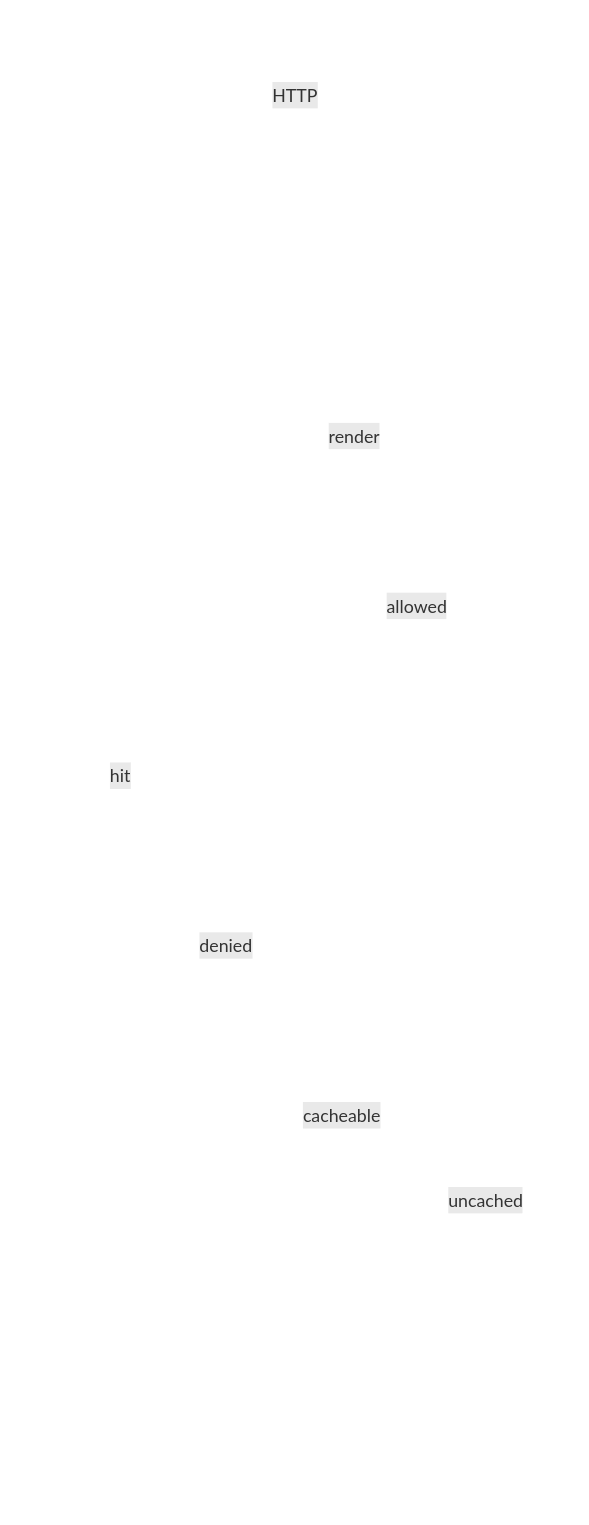
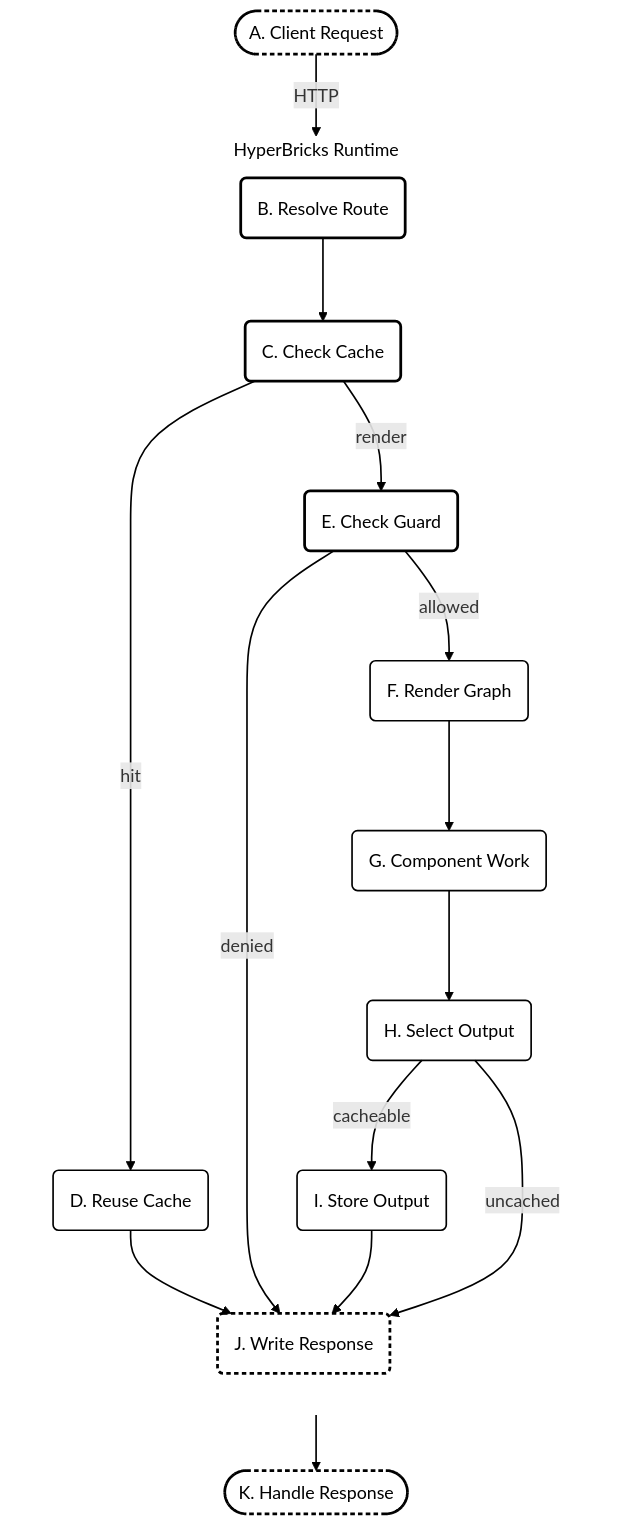
One commit to hyperbricks/hyperbricks changed the diagram in docs/INTRODUCTION.md. Above: the diagram before and after it, drawn with Mermaid. The commit also changed other lines of this file and 34 other files, not shown here.

````diff
--- a/docs/INTRODUCTION.md
+++ b/docs/INTRODUCTION.md
@@ -71,58 +125,20 @@
 ```mermaid
----
-config:
-  flowchart:
-    htmlLabels: true
-  themeCSS: |
-    .label foreignObject { overflow: visible; }
-    .hb-tip { display: inline-block; position: relative; }
-    .hb-tip::after {
-      background: #ffffff !important;
-      border: 1px solid #111111;
-      border-radius: 6px;
-      bottom: calc(100% + 8px);
-      box-shadow: 0 4px 14px rgba(0, 0, 0, 0.22);
-      box-sizing: border-box;
-      color: #000000 !important;
-      content: attr(aria-description);
-      font-family: Arial, sans-serif;
-      font-size: 12px;
-      font-weight: 400;
-      left: 50%;
-      line-height: 1.4;
-      max-width: calc(100vw - 32px);
-      opacity: 0;
-      overflow-wrap: anywhere;
-      padding: 8px 10px;
-      pointer-events: none;
-      position: absolute;
-      text-align: left;
-      transform: translateX(-50%);
-      visibility: hidden;
-      white-space: normal;
-      width: 240px;
-      z-index: 1000;
-    }
-    .hb-tip--below::after { bottom: auto; top: calc(100% + 8px); }
-    .node:hover .hb-tip::after,
-    .hb-tip:focus::after { opacity: 1; visibility: visible; }
----
 flowchart TB
-    BROWSER(["<span class='hb-tip hb-tip--below' tabindex='0' aria-description='A browser, HTMX, or another HTTP client requests an application route.'>Client Request</span>"])
+    BROWSER(["A. Client Request"])
 
     subgraph RUNTIME["HyperBricks Runtime"]
         direction TB
-        ROUTE("<span class='hb-tip hb-tip--below' tabindex='0' aria-description='Resolve the request to a route-owning hypermedia, fragment, or api_fragment_render component.'>Resolve Route</span>")
-        POLICY("<span class='hb-tip' tabindex='0' aria-description='Development mode renders fresh. Live mode decides whether the request can reuse cached output.'>Check Cache</span>")
-        CACHE("<span class='hb-tip' tabindex='0' aria-description='Return a stored live response without rendering components or running integrations.'>Reuse Cache</span>")
-        GUARD("<span class='hb-tip' tabindex='0' aria-description='Evaluate a configured route guard before rendering child components. A denial returns immediately.'>Check Guard</span>")
+        ROUTE("B. Resolve Route")
+        POLICY("C. Check Cache")
+        CACHE("D. Reuse Cache")
+        GUARD("E. Check Guard")
 
-        RENDER("<span class='hb-tip' tabindex='0' aria-description='Build the renderer request context, then traverse the configured component graph recursively.'>Render Graph</span>")
-        WORK("<span class='hb-tip' tabindex='0' aria-description='Where configured, render nested template values, run trusted Goja logic, call APIs, or invoke native and WASM plugins.'>Component Work</span>")
-        RESULT("<span class='hb-tip' tabindex='0' aria-description='After rendering, use the composed output or a captured native plugin HandledResponse.'>Select Output</span>")
+        RENDER("F. Render Graph")
+        WORK("G. Component Work")
+        RESULT("H. Select Output")
 
-        STORE("<span class='hb-tip' tabindex='0' aria-description='Store eligible live output with its ETag, render time, and expiry metadata.'>Store Output</span>")
-        WRITE("<span class='hb-tip' tabindex='0' aria-description='Write status, content type, headers, cookies, and a buffered body, or flush headers before a native plugin stream.'>Write Response</span>")
+        STORE("I. Store Output")
+        WRITE("J. Write Response")
 
         ROUTE --> POLICY
         POLICY -->|"hit"| CACHE --> WRITE
@@ -135,21 +151,21 @@
         RESULT -->|"uncached"| WRITE
     end
 
-    DELIVERED(["<span class='hb-tip' tabindex='0' aria-description='Load a document, swap a fragment, process another body type, or consume flushed chunks.'>Handle Response</span>"])
+    DELIVERED(["K. Handle Response"])
 
     BROWSER -->|"HTTP"| ROUTE
     WRITE --> DELIVERED
 
-    classDef node fill:#ffffff00,stroke:#ffffff,color:#ffffff,stroke-width:2.5px;
-    classDef emphasis fill:#ffffff00,stroke:#ffffff,color:#ffffff,stroke-width:1.5px;
-    classDef output fill:#ffffff00,stroke:#ffffff,color:#ffffff,stroke-width:1.5px;
-    classDef boundary fill:#ffffff00,stroke:#ffffff,color:#ffffff,stroke-dasharray:4 3;
+    classDef node fill:transparent,stroke:currentColor,color:currentColor,stroke-width:2.5px;
+    classDef emphasis fill:transparent,stroke:currentColor,color:currentColor,stroke-width:1.5px;
+    classDef output fill:transparent,stroke:currentColor,color:currentColor,stroke-width:1.5px;
+    classDef boundary fill:transparent,stroke:currentColor,color:currentColor,stroke-dasharray:4 3;
 
     class ROUTE,POLICY,GUARD node;
     class RENDER,WORK,RESULT emphasis;
     class CACHE,STORE output;
     class BROWSER,WRITE,DELIVERED boundary;
 
-    linkStyle default stroke:#ffffff,stroke-width:1.5px;
-    style RUNTIME fill:transparent,stroke:#ffffff00,color:#ffffff,stroke-width:1px;
+    linkStyle default stroke:currentColor,stroke-width:1.5px;
+    style RUNTIME fill:transparent,stroke:transparent,color:currentColor,stroke-width:1px;
 ```
````
